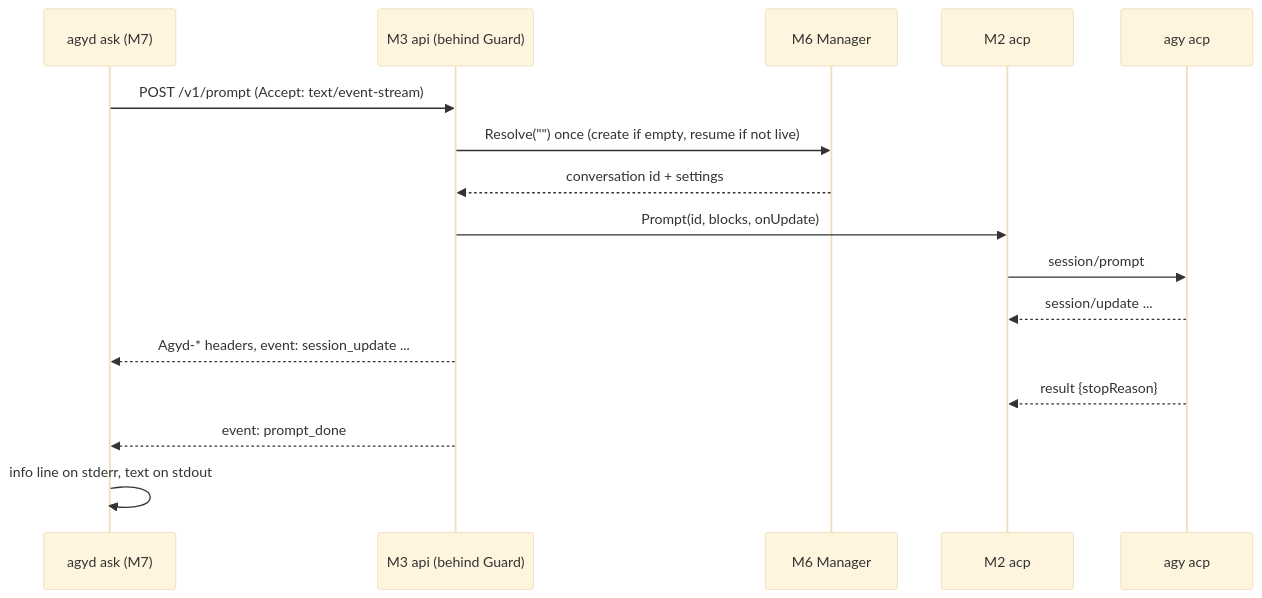
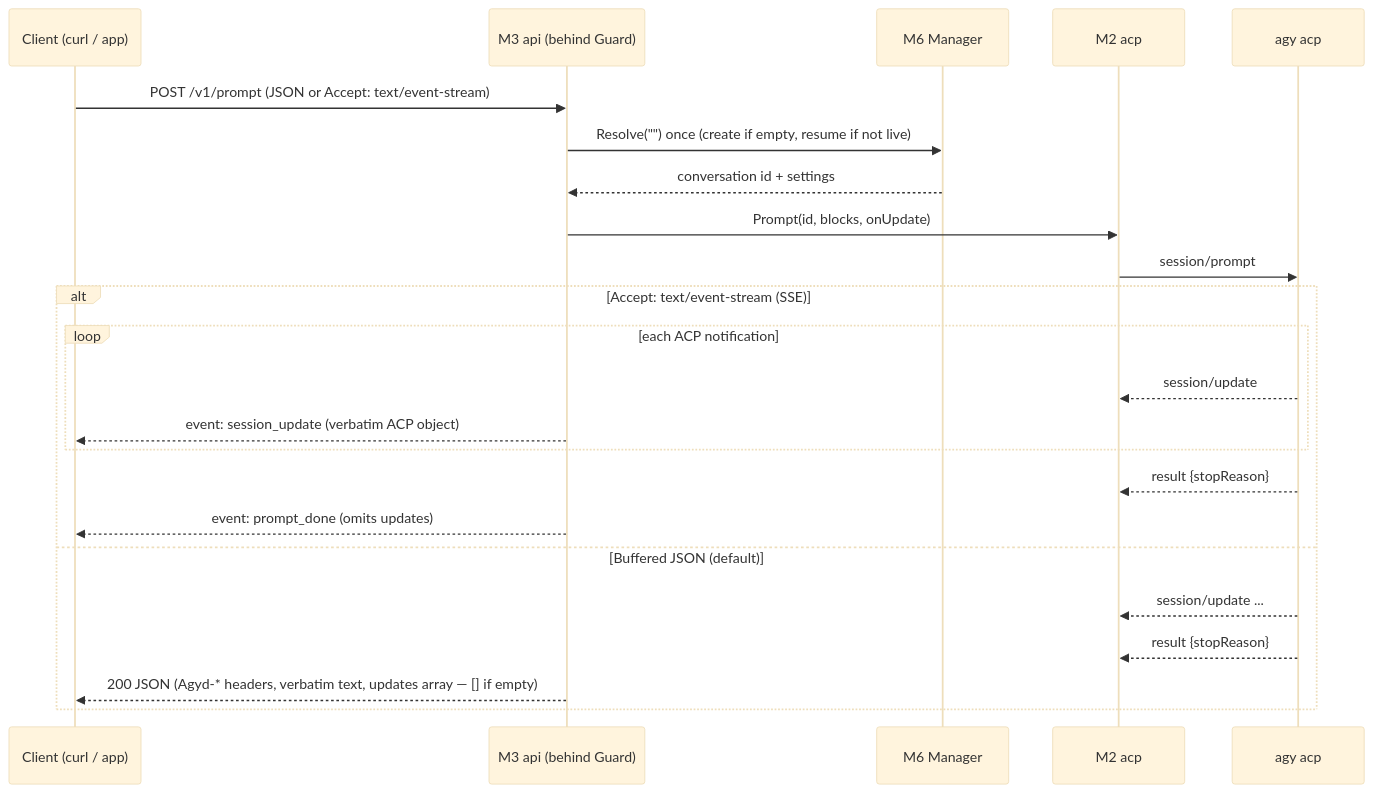
Before and after one commit to kesokaj/agyd: the third of 3 diagrams in SDD.md, drawn with Mermaid (base theme). The commit also changed other lines of this file and 2 other files, not shown here.

Commit message:
Update README, SDD, and TDD for ADR-007 API-first CLI and verbatim ACP envelope

````diff
--- a/SDD.md
+++ b/SDD.md
@@ -85,18 +87,25 @@
 ```mermaid
 sequenceDiagram
-  participant U as agyd ask (M7)
+  participant U as Client (curl / app)
   participant API as M3 api (behind Guard)
   participant G as M6 Manager
   participant A as M2 acp
   participant X as agy acp
-  U->>API: POST /v1/prompt (Accept: text/event-stream)
+  U->>API: POST /v1/prompt (JSON or Accept: text/event-stream)
   API->>G: Resolve("") once (create if empty, resume if not live)
   G-->>API: conversation id + settings
   API->>A: Prompt(id, blocks, onUpdate)
   A->>X: session/prompt
-  X-->>A: session/update ...
-  API-->>U: Agyd-* headers, event: session_update ...
-  X-->>A: result {stopReason}
-  API-->>U: event: prompt_done
-  U->>U: info line on stderr, text on stdout
+  alt Accept: text/event-stream (SSE)
+    loop each ACP notification
+      X-->>A: session/update
+      API-->>U: event: session_update (verbatim ACP object)
+    end
+    X-->>A: result {stopReason}
+    API-->>U: event: prompt_done (omits updates)
+  else Buffered JSON (default)
+    X-->>A: session/update ...
+    X-->>A: result {stopReason}
+    API-->>U: 200 JSON (Agyd-* headers, verbatim text, updates array — [] if empty)
+  end
 ```
````
